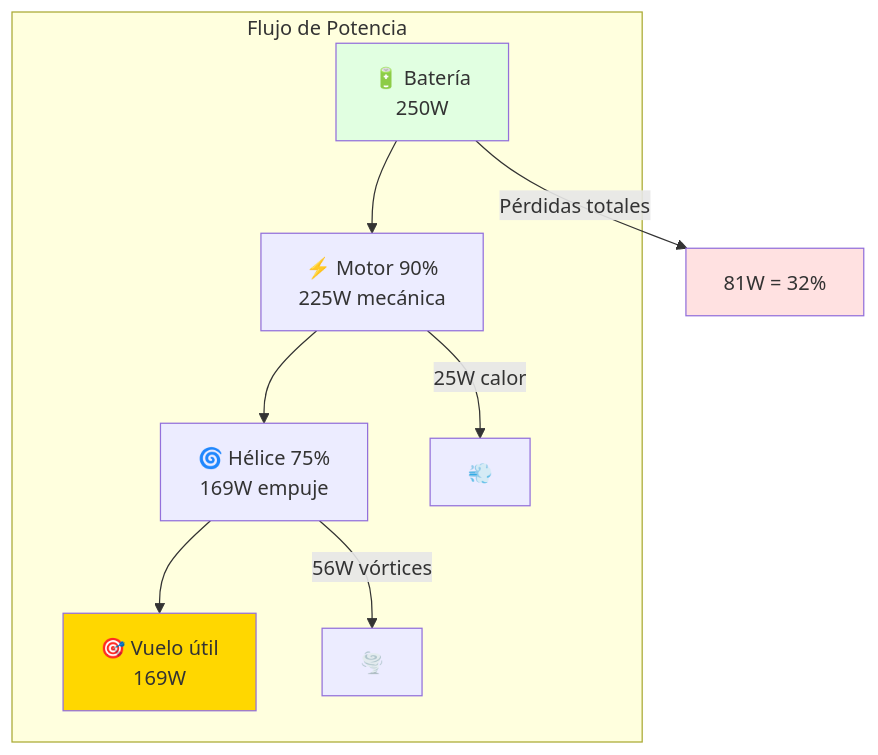
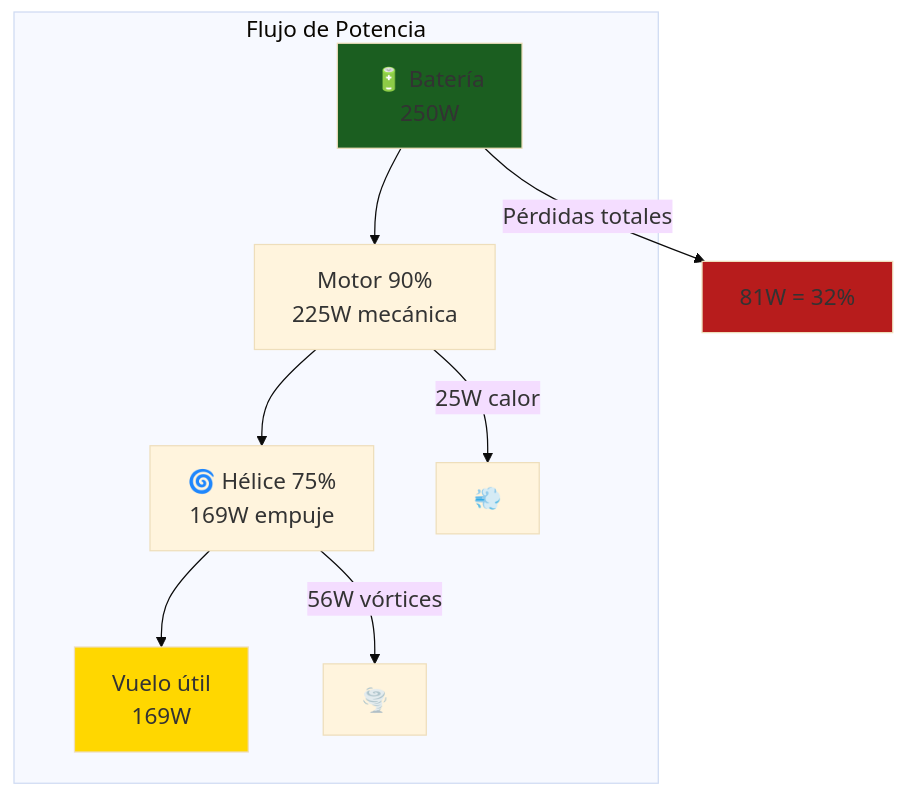
Before and after one commit to Ai-Whisperers/Courses-Content: the ninth of 16 diagrams in courses/🟡-development/FPUNA-2026/03-INGENIERIA-AERONAUTICA/04-sistemas-propulsion.md, drawn with Mermaid. The commit also changed other lines of this file and 47 other files, not shown here.

First line of the commit message:
fix: Make all 473 diagrams WCAG AAA accessible (FPUNA-2026)

````diff
--- a/courses/🟡-development/FPUNA-2026/03-INGENIERIA-AERONAUTICA/04-sistemas-propulsion.md
+++ b/courses/🟡-development/FPUNA-2026/03-INGENIERIA-AERONAUTICA/04-sistemas-propulsion.md
@@ -514,21 +522,22 @@
 ```mermaid
+%%{init: {'theme':'base', 'themeVariables': {'fontSize':'18px'}}}%%
 graph TD
     subgraph "Flujo de Potencia"
         A[🔋 Batería<br/>250W]
-        B[⚡ Motor 90%<br/>225W mecánica]
+        B[Motor 90%<br/>225W mecánica]
         C[🌀 Hélice 75%<br/>169W empuje]
-        D[🎯 Vuelo útil<br/>169W]
+        D[Vuelo útil<br/>169W]
         
         A --> B
         B -->|25W calor| E[💨]
         B --> C
         C -->|56W vórtices| F[🌪️]
         C --> D
     end
     
     A -->|Pérdidas totales| G[81W = 32%]
     
-    style A fill:#E1FFE1
+    style A fill:#1b5e20
     style D fill:#FFD700
-    style G fill:#FFE1E1
+    style G fill:#b71c1c
 ```
````
